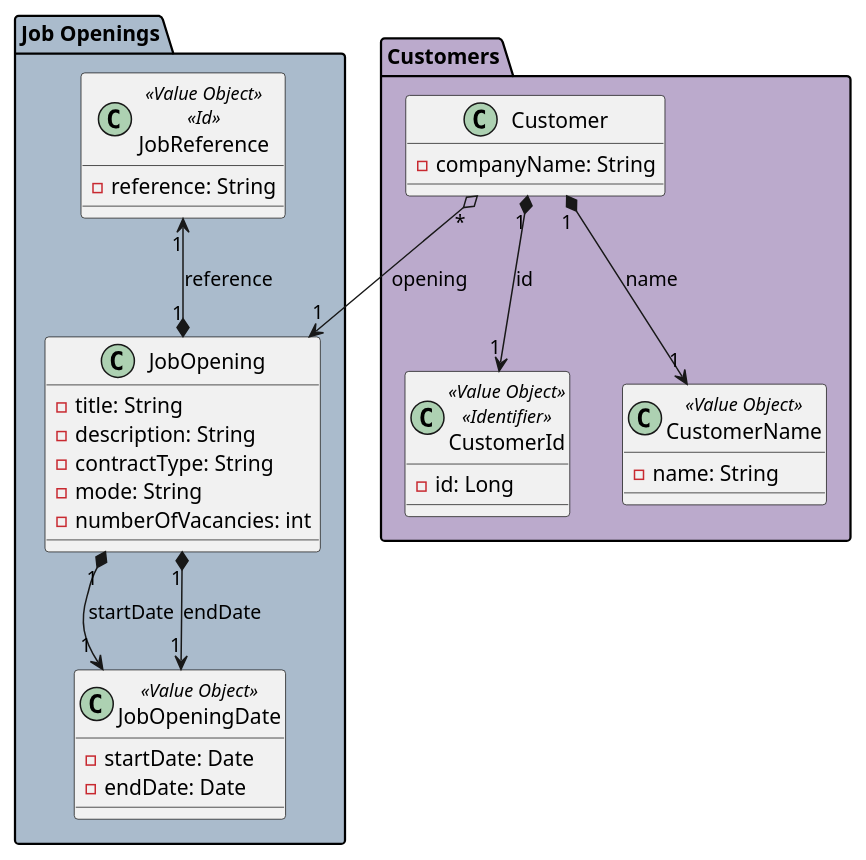
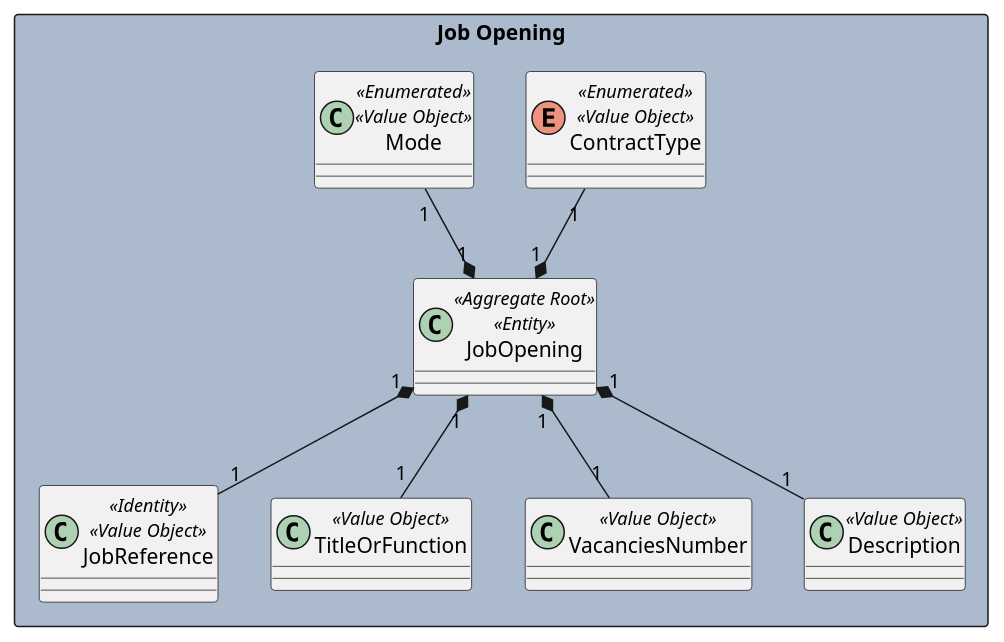
The diagram in docs/sprintB/1003/1003-domain-model.puml (marcoferreira37/Lapr4), drawn with PlantUML before and after one commit. The commit also changed 17 other files, not shown here.

```diff
--- a/docs/sprintB/1003/1003-domain-model.puml
+++ b/docs/sprintB/1003/1003-domain-model.puml
@@ -1,44 +1,37 @@
 @startuml
+''skinparam monochrome true
+skinparam packageStyle rectangle
+skinparam shadowing false
 
-package "Job Openings" #aabbcc {
-    class JobOpening {
-        - title: String
-        - description: String
-        - contractType: String
-        - mode: String
-        - numberOfVacancies: int
-    }
 
-    class JobReference <<Value Object>> <<Id>> {
-        - reference: String
-    }
+rectangle "Job Opening" #abbacc {
 
-    class JobOpeningDate <<Value Object>> {
-        - startDate: Date
-        - endDate: Date
-    }
+    class JobOpening<<Aggregate Root>><<Entity>>{}
 
-    JobOpening "1" *-up-> "1" JobReference: reference
-    JobOpening "1" *--> "1" JobOpeningDate: startDate
-    JobOpening "1" *--> "1" JobOpeningDate: endDate
+    class JobReference<<Identity>><<Value Object>>{}
+
+    class TitleOrFunction<<Value Object>>{}
+
+    enum ContractType<<Enumerated>><<Value Object>>{}
+
+    class Mode<<Enumerated>><<Value Object>>{}
+
+
+    class VacanciesNumber<<Value Object>>{}
+
+    class Description<<Value Object>>{}
+
+    ''Maybe go to Interview Model
+
 }
 
-package "Customers" #bbaacc {
-    class Customer {
-        - companyName: String
-    }
 
-    class CustomerId <<Value Object>> <<Identifier>> {
-        - id: Long
-    }
 
-    class CustomerName <<Value Object>> {
-        - name: String
-    }
-
-    Customer "1" *--> "1" CustomerId: id
-    Customer "1" *--> "1" CustomerName: name
-    Customer "*" o--> "1" JobOpening: opening
-}
+JobReference "1" -up-* "1" JobOpening
+TitleOrFunction "1" -up-* "1" JobOpening
+ContractType "1" --* "1" JobOpening
+Mode "1" --* "1" JobOpening
+Description "1" -up-* "1" JobOpening
+VacanciesNumber "1" -up-* "1" JobOpening
 
 @enduml
```
